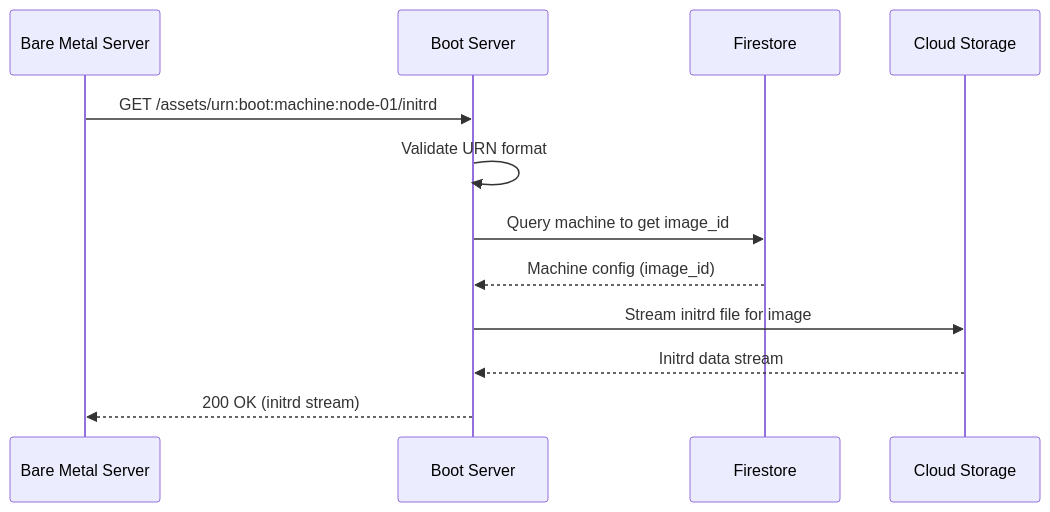
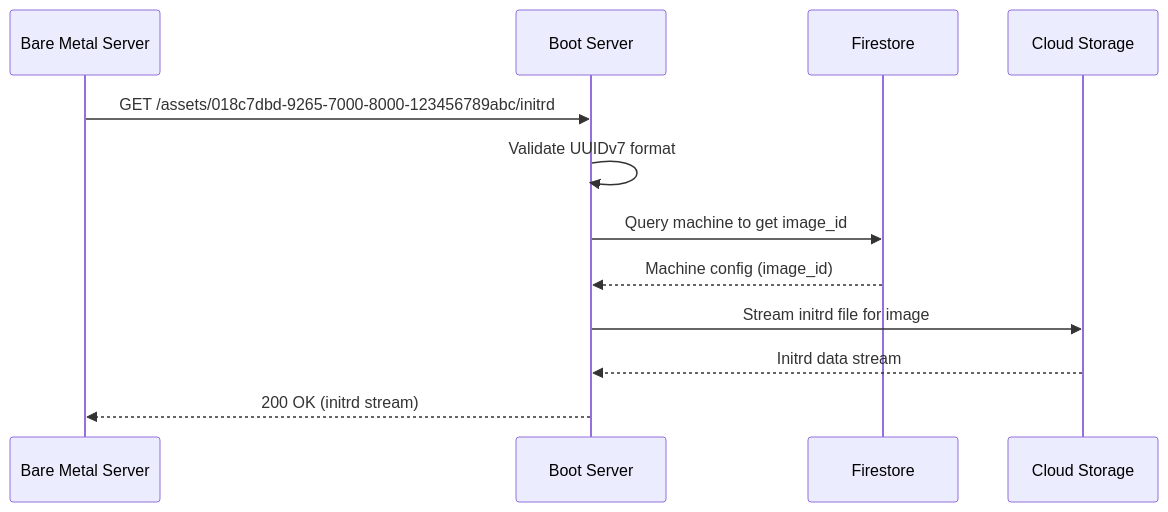
One commit to Zaba505/infra changed the third of 3 diagrams in docs/content/r&d/services/boot/uefi-boot-endpoints.md. Above: the diagram before and after it, drawn with Mermaid. The commit also changed other lines of this file and 2 other files, not shown here.

````diff
--- a/docs/content/r&d/services/boot/uefi-boot-endpoints.md
+++ b/docs/content/r&d/services/boot/uefi-boot-endpoints.md
@@ -156,15 +156,15 @@
 ```mermaid
 sequenceDiagram
     participant Client as Bare Metal Server
     participant Boot as Boot Server
     participant DB as Firestore
     participant Storage as Cloud Storage
     
-    Client->>Boot: GET /assets/urn:boot:machine:node-01/initrd
-    Boot->>Boot: Validate URN format
+    Client->>Boot: GET /assets/018c7dbd-9265-7000-8000-123456789abc/initrd
+    Boot->>Boot: Validate UUIDv7 format
     Boot->>DB: Query machine to get image_id
     DB-->>Boot: Machine config (image_id)
     Boot->>Storage: Stream initrd file for image
     Storage-->>Boot: Initrd data stream
     Boot-->>Client: 200 OK (initrd stream)
 ```
````
